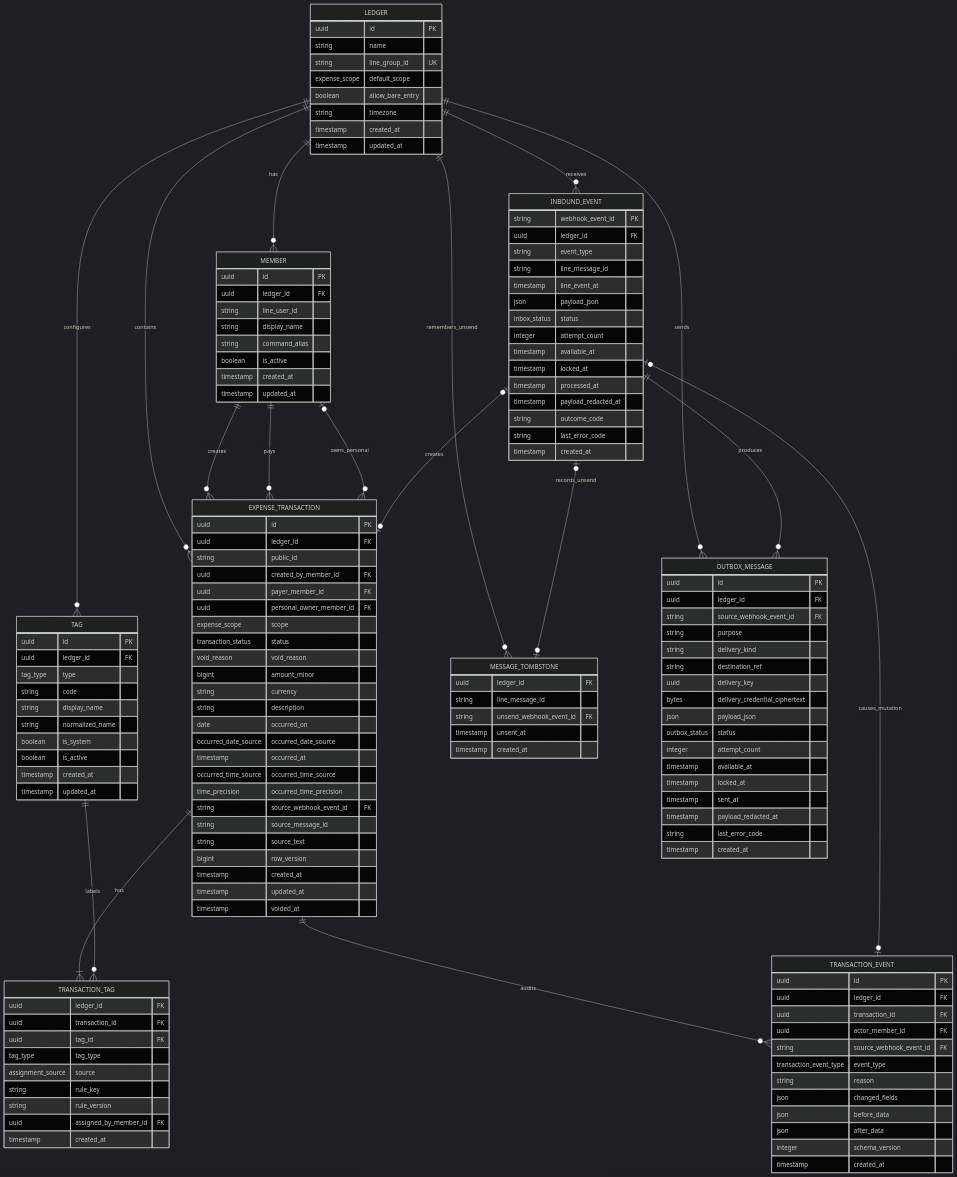
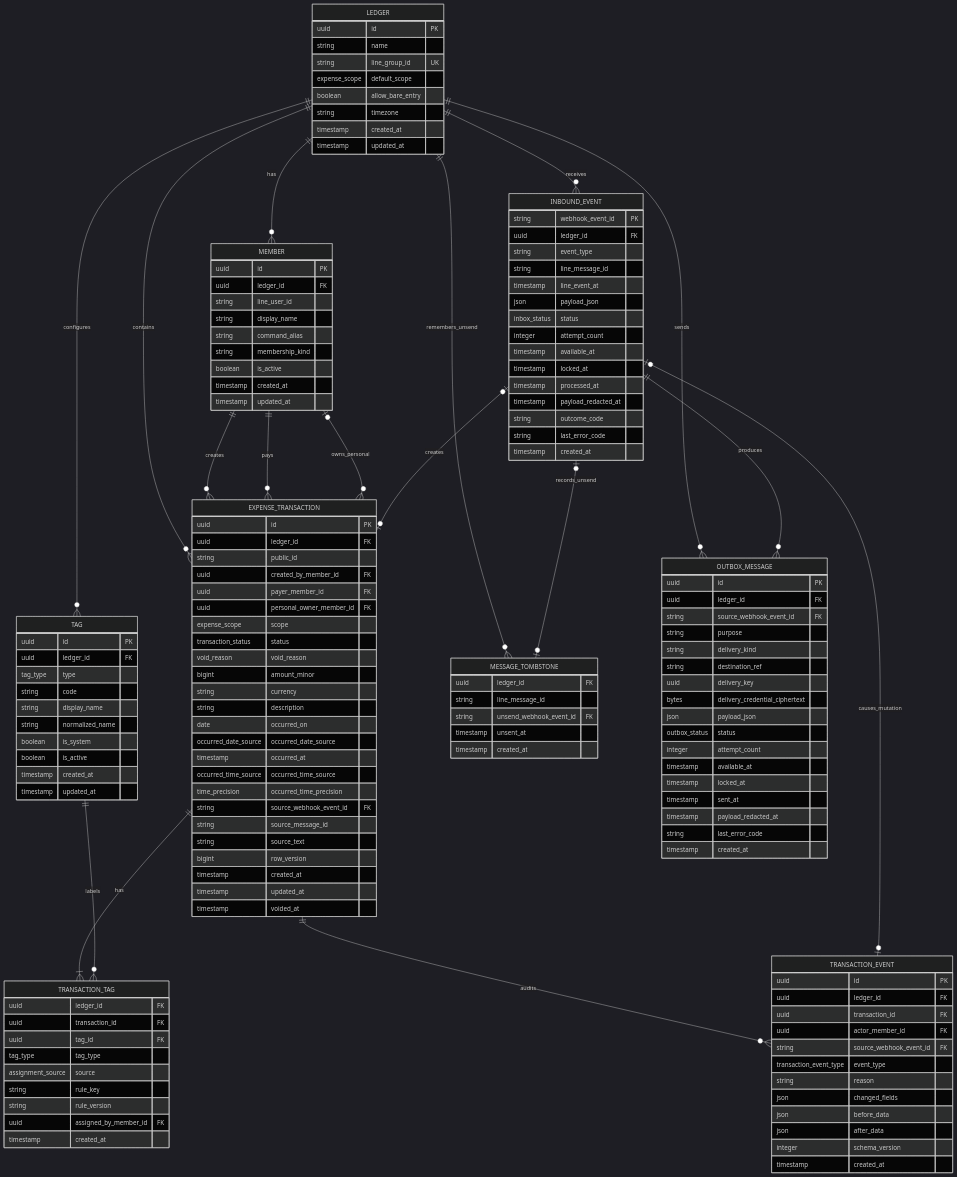
Before and after one commit to kevin50057/dinero-line-expense: the diagram in specs/001-line-expense-bot/data-model.md, drawn with Mermaid (dark theme). The commit also changed other lines of this file and 16 other files, not shown here.

```diff
--- a/specs/001-line-expense-bot/data-model.md
+++ b/specs/001-line-expense-bot/data-model.md
@@ -55,6 +55,7 @@
       string line_user_id
       string display_name
       string command_alias
+      string membership_kind
       boolean is_active
       timestamp created_at
       timestamp updated_at
```
